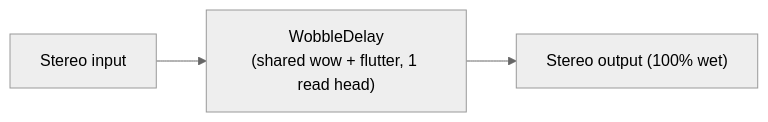
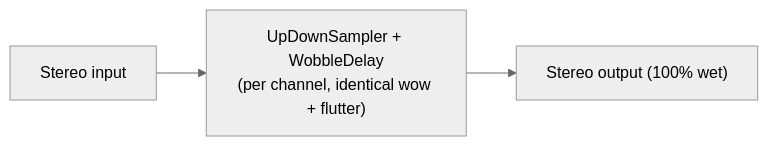
One commit to scjurgen/AbacDsp changed the diagram in examples/pathfinder/README.md. Above: the diagram before and after it, drawn with Mermaid (neutral theme). The commit also changed other lines of this file and 11 other files, not shown here.

Commit message:
Migrate organicchorus and pathfinder to UpDownSampler<WobbleDelay>

````diff
--- a/examples/pathfinder/README.md
+++ b/examples/pathfinder/README.md
@@ -16,5 +17,5 @@
 ```mermaid
 flowchart LR
-    IN["Stereo input"] --> T["WobbleDelay\n(shared wow + flutter, 1 read head)"]
+    IN["Stereo input"] --> T["UpDownSampler + WobbleDelay\n(per channel, identical wow + flutter)"]
     T --> OUT["Stereo output (100% wet)"]
 ```
````
